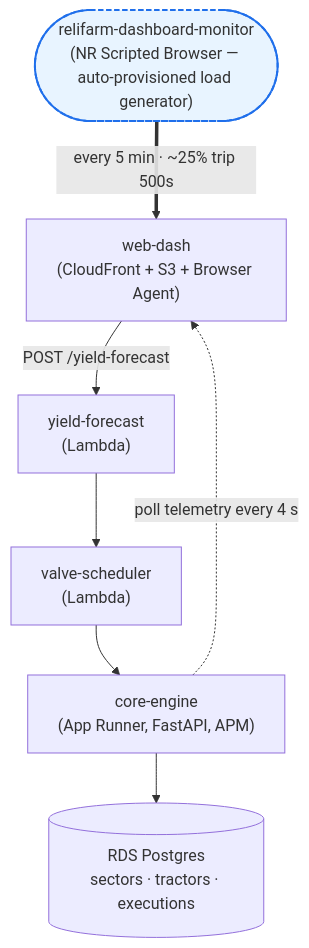
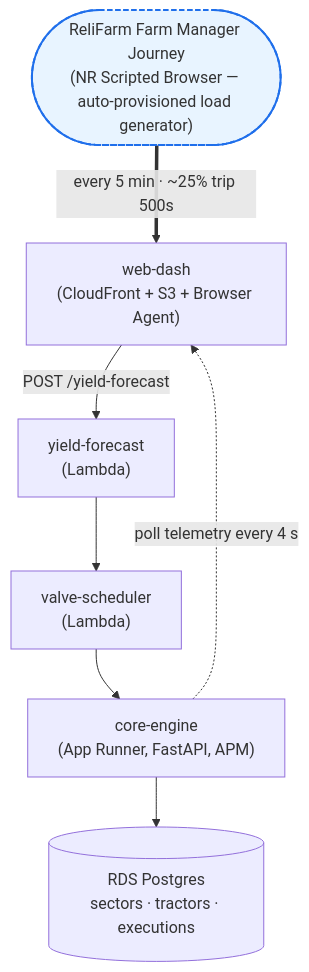
Before and after one commit to newrelic/demo-apps: the diagram in relifarm-lambda/README.md, drawn with Mermaid. The commit also changed other lines of this file and 13 other files, not shown here.

````diff
--- a/relifarm-lambda/README.md
+++ b/relifarm-lambda/README.md
@@ -10,19 +10,19 @@
 ```mermaid
 flowchart TD
-    Synth(["relifarm-dashboard-monitor<br/>(NR Scripted Browser — auto-provisioned load generator)"])
+    Synth(["ReliFarm Farm Manager Journey<br/>(NR Scripted Browser — auto-provisioned load generator)"])
     Dash["web-dash<br/>(CloudFront + S3 + Browser Agent)"]
     YF["yield-forecast<br/>(Lambda)"]
     VS["valve-scheduler<br/>(Lambda)"]
     CE["core-engine<br/>(App Runner, FastAPI, APM)"]
     PG[("RDS Postgres<br/>sectors · tractors · executions")]
 
     Synth ==>|every 5 min · ~25% trip 500s| Dash
     Dash -->|POST /yield-forecast| YF
     YF --> VS
     VS --> CE
     CE --> PG
     CE -.->|poll telemetry every 4 s| Dash
 
     classDef autoProvisioned fill:#e8f4ff,stroke:#1f6feb,stroke-width:2px,stroke-dasharray:5 3;
     class Synth autoProvisioned;
 ```
````
